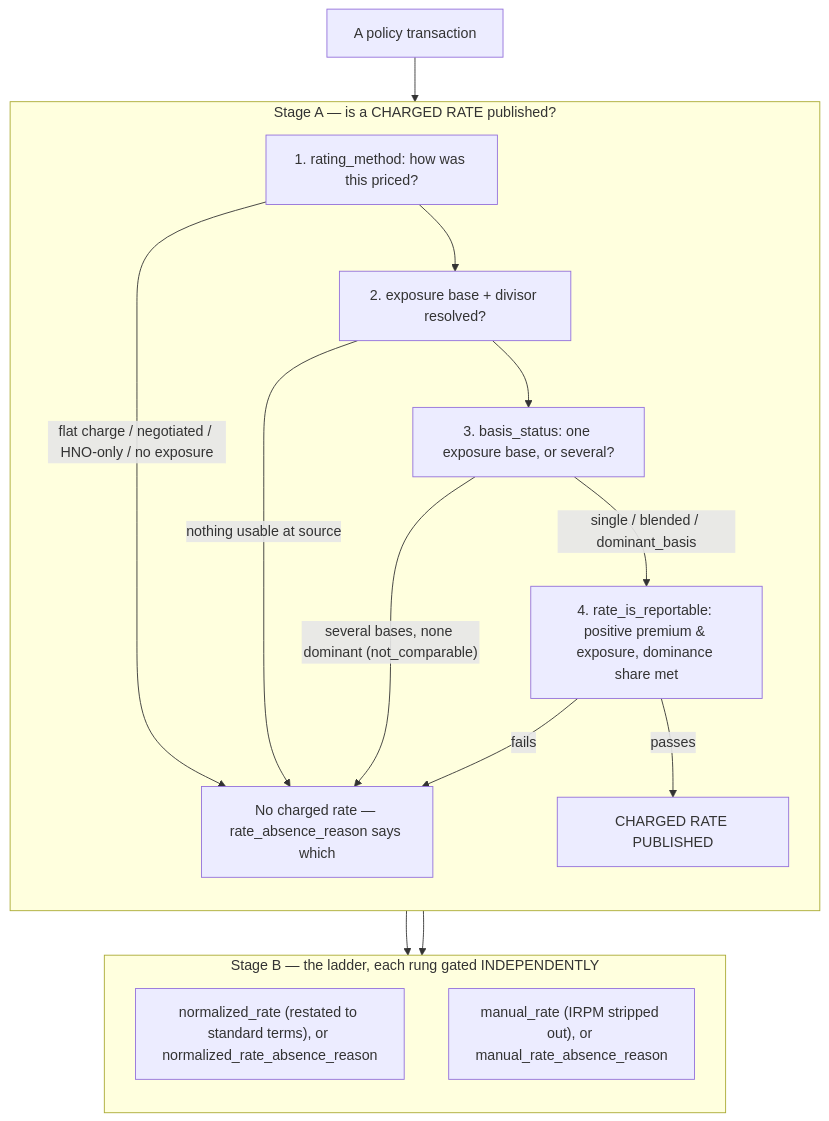
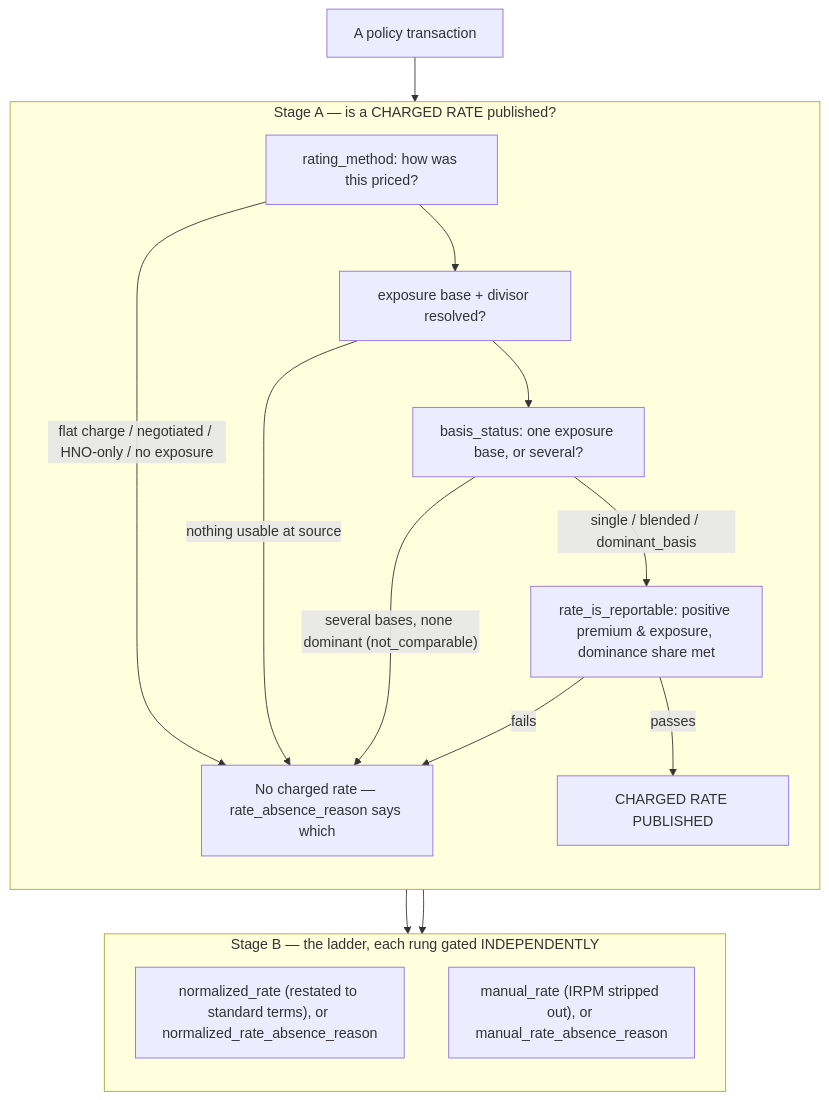
One commit to anthony-baird/documents changed the diagram in publishing_a_rate.actuary-draft.md. Above: the diagram before and after it, drawn with Mermaid. The commit also changed other lines of this file, not shown here.

Commit message:
Aug 11, 2026 9:54 AM by Anthony Baird

````diff
--- a/publishing_a_rate.actuary-draft.md
+++ b/publishing_a_rate.actuary-draft.md
@@ -70,31 +70,31 @@
 ```mermaid
-flowchart TB
+flowchart TD
   txn["A policy transaction"]
 
   subgraph A["Stage A — is a CHARGED RATE published?"]
     direction TB
-    method["1. rating_method: how was this priced?"]
-    exposure["2. exposure base + divisor resolved?"]
-    basis["3. basis_status: one exposure base, or several?"]
-    gate["4. rate_is_reportable: positive premium & exposure, dominance share met"]
+    method["rating_method: how was this priced?"]
+    exposure["exposure base + divisor resolved?"]
+    basis["basis_status: one exposure base, or several?"]
+    gate["rate_is_reportable: positive premium & exposure, dominance share met"]
     published["CHARGED RATE PUBLISHED"]
     method -->|"flat charge / negotiated / HNO-only / no exposure"| noRate["No charged rate — rate_absence_reason says which"]
     method --> exposure
     exposure -->|"nothing usable at source"| noRate
     exposure --> basis
     basis -->|"several bases, none dominant (not_comparable)"| noRate
     basis -->|"single / blended / dominant_basis"| gate
     gate -->|"fails"| noRate
     gate -->|"passes"| published
   end
 
   subgraph B["Stage B — the ladder, each rung gated INDEPENDENTLY"]
     direction TB
     norm["normalized_rate (restated to standard terms), or normalized_rate_absence_reason"]
     man["manual_rate (IRPM stripped out), or manual_rate_absence_reason"]
   end
 
   txn --> method
   published --> norm
   published --> man
 ```
````
